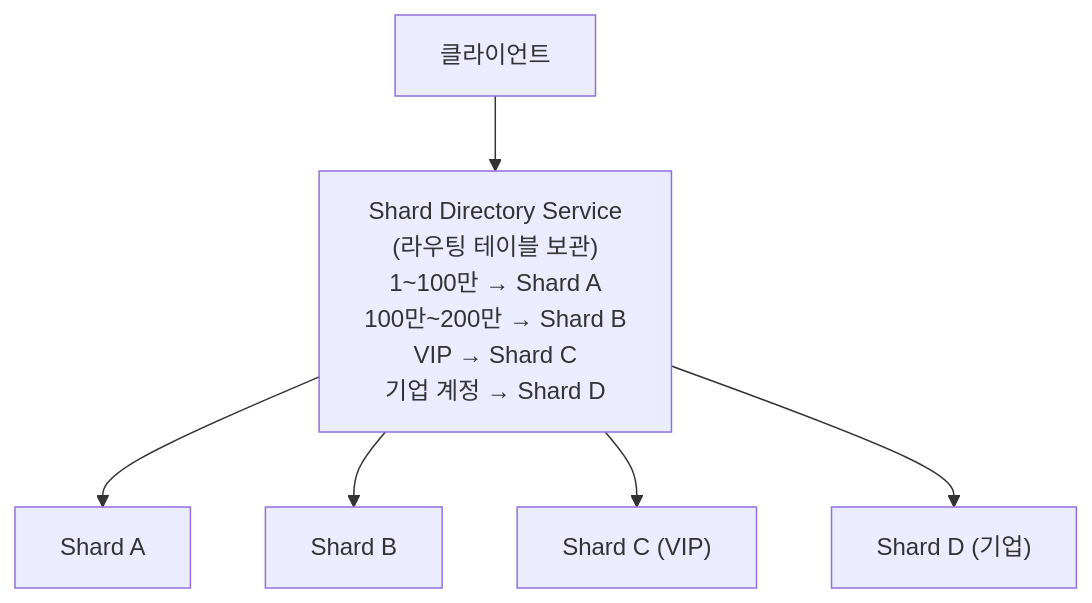
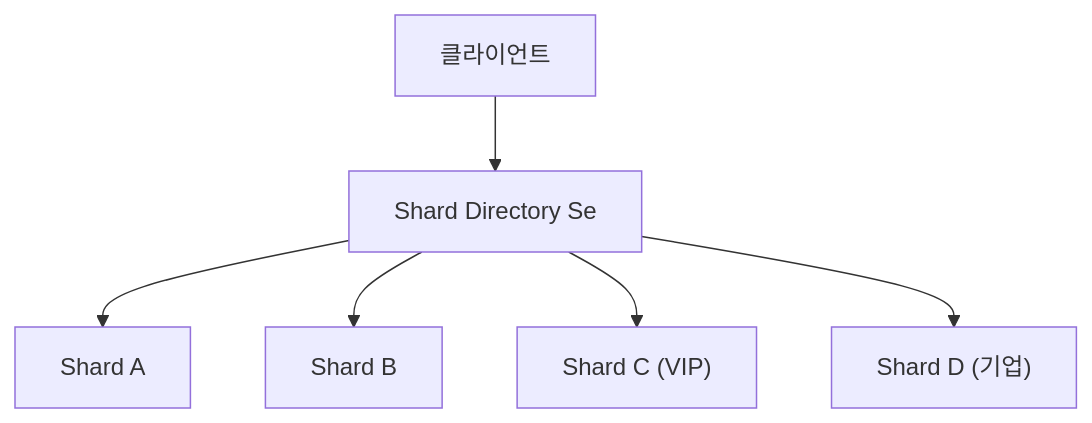
One commit to yjkim2015/yjkim2015.github.io changed the seventh of 13 diagrams in _posts/db/2026-05-01-db-sharding.md. Above: the diagram before and after it, drawn with Mermaid. The commit also changed other lines of this file and 271 other files, not shown here.

First line of the commit message:
Mermaid 라벨 축소: 긴 노드 텍스트 18자 이하로 트림 + \n 제거

````diff
--- a/_posts/db/2026-05-01-db-sharding.md
+++ b/_posts/db/2026-05-01-db-sharding.md
@@ -152,8 +152,8 @@
 ```mermaid
 graph TD
-    C["클라이언트"] --> DS["Shard Directory Service\n(라우팅 테이블 보관)\n1~100만 → Shard A\n100만~200만 → Shard B\nVIP → Shard C\n기업 계정 → Shard D"]
+    C["클라이언트"] --> DS["Shard Directory Se"]
     DS --> SA["Shard A"]
     DS --> SB["Shard B"]
     DS --> SC["Shard C (VIP)"]
     DS --> SD["Shard D (기업)"]
 ```
````
